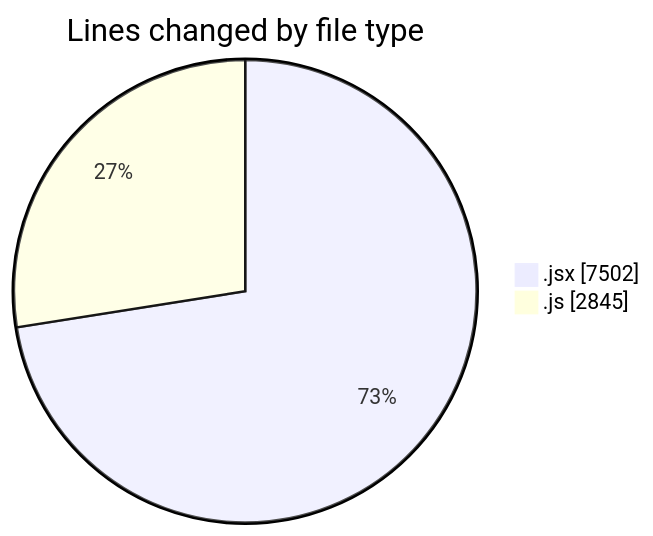
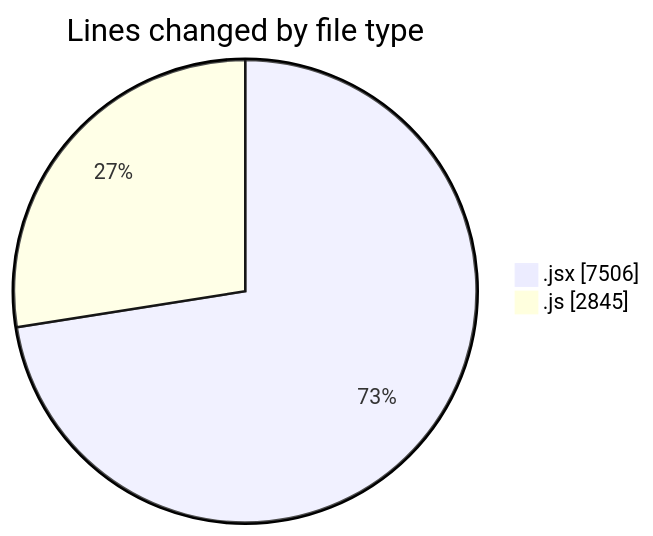
One commit to nxtqubesakshisongat/code-tracking changed the first of 2 diagrams in 2025-08-04/nxtqube_webapp/README.md. Above: the diagram before and after it, drawn with Mermaid. The commit also changed other lines of this file and 1 other file, not shown here.

````diff
--- a/2025-08-04/nxtqube_webapp/README.md
+++ b/2025-08-04/nxtqube_webapp/README.md
@@ -44,6 +44,6 @@
 ```mermaid
 pie showData
 title Lines changed by file type
-".jsx" : 7502
+".jsx" : 7506
 ".js" : 2845
 ```
````
